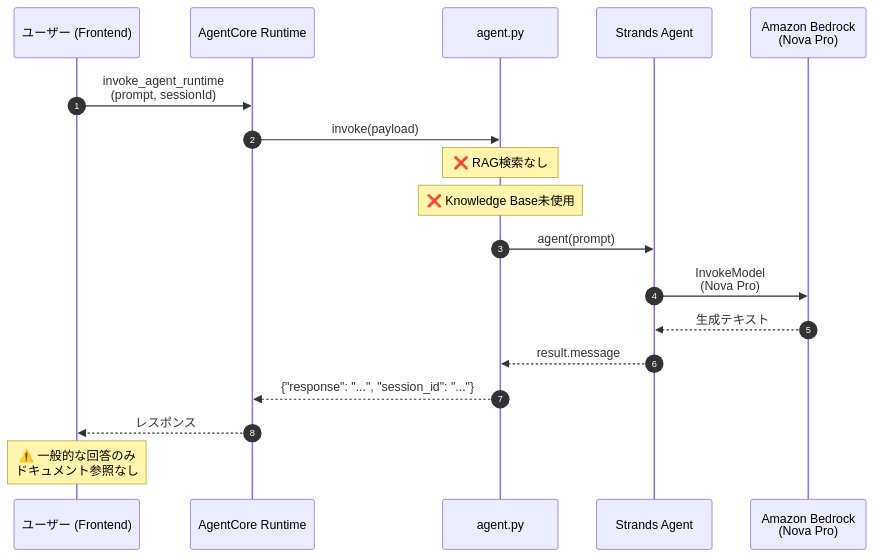
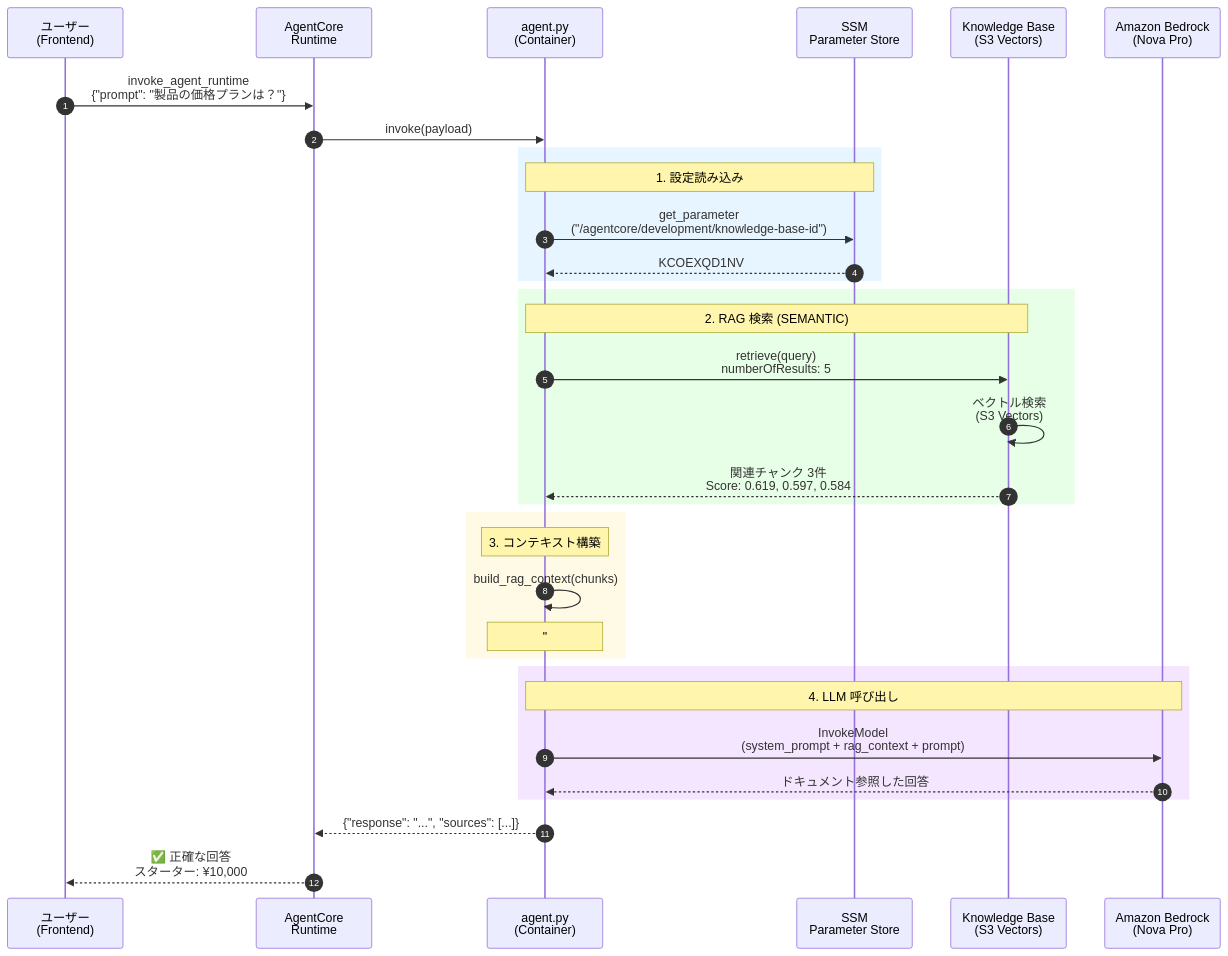
Before and after one commit to aezisai-inc/ai-agent-core-microservice-prot: the first of 3 diagrams in docs/architecture/rag-implementation-analysis.md, drawn with Mermaid. The commit also changed other lines of this file and 2 other files, not shown here.

First line of the commit message:
docs: RAG 実装トラブルシューティングレポート (#61)

````diff
--- a/docs/architecture/rag-implementation-analysis.md
+++ b/docs/architecture/rag-implementation-analysis.md
@@ -22,24 +58,41 @@
 ```mermaid
 sequenceDiagram
     autonumber
-    participant User as ユーザー (Frontend)
-    participant AgentCore as AgentCore Runtime
-    participant Agent as agent.py
-    participant Strands as Strands Agent
+    participant User as ユーザー<br/>(Frontend)
+    participant AgentCore as AgentCore<br/>Runtime
+    participant Agent as agent.py<br/>(Container)
+    participant SSM as SSM<br/>Parameter Store
+    participant KB as Knowledge Base<br/>(S3 Vectors)
     participant Bedrock as Amazon Bedrock<br/>(Nova Pro)
     
-    User->>AgentCore: invoke_agent_runtime<br/>(prompt, sessionId)
+    User->>AgentCore: invoke_agent_runtime<br/>{"prompt": "製品の価格プランは？"}
     AgentCore->>Agent: invoke(payload)
     
-    Note over Agent: ❌ RAG検索なし
-    Note over Agent: ❌ Knowledge Base未使用
+    rect rgb(230, 245, 255)
+        Note over Agent,SSM: 1. 設定読み込み
+        Agent->>SSM: get_parameter<br/>("/agentcore/development/knowledge-base-id")
+        SSM-->>Agent: KCOEXQD1NV
+    end
     
-    Agent->>Strands: agent(prompt)
-    Strands->>Bedrock: InvokeModel<br/>(Nova Pro)
-    Bedrock-->>Strands: 生成テキスト
-    Strands-->>Agent: result.message
-    Agent-->>AgentCore: {"response": "...", "session_id": "..."}
-    AgentCore-->>User: レスポンス
+    rect rgb(230, 255, 230)
+        Note over Agent,KB: 2. RAG 検索 (SEMANTIC)
+        Agent->>KB: retrieve(query)<br/>numberOfResults: 5
+        KB->>KB: ベクトル検索<br/>(S3 Vectors)
+        KB-->>Agent: 関連チャンク 3件<br/>Score: 0.619, 0.597, 0.584
+    end
     
-    Note over User: ⚠️ 一般的な回答のみ<br/>ドキュメント参照なし
+    rect rgb(255, 250, 230)
+        Note over Agent: 3. コンテキスト構築
+        Agent->>Agent: build_rag_context(chunks)
+        Note over Agent: "## 参照ドキュメント<br/>スターター: ¥10,000<br/>プロフェッショナル: ¥50,000"
+    end
+    
+    rect rgb(245, 230, 255)
+        Note over Agent,Bedrock: 4. LLM 呼び出し
+        Agent->>Bedrock: InvokeModel<br/>(system_prompt + rag_context + prompt)
+        Bedrock-->>Agent: ドキュメント参照した回答
+    end
+    
+    Agent-->>AgentCore: {"response": "...", "sources": [...]}
+    AgentCore-->>User: ✅ 正確な回答<br/>スターター: ¥10,000
 ```
````
